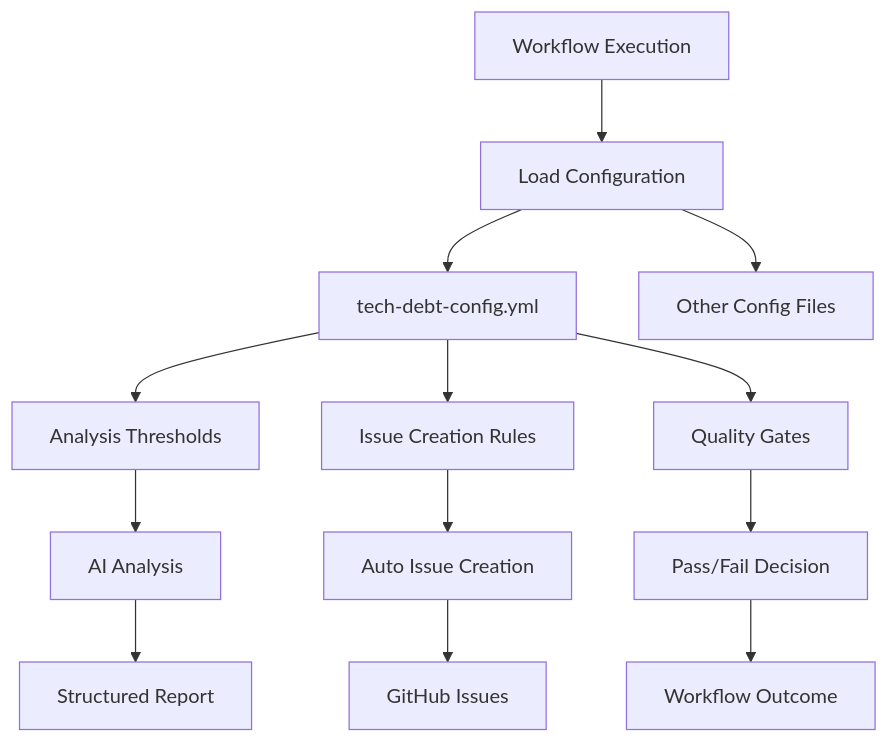
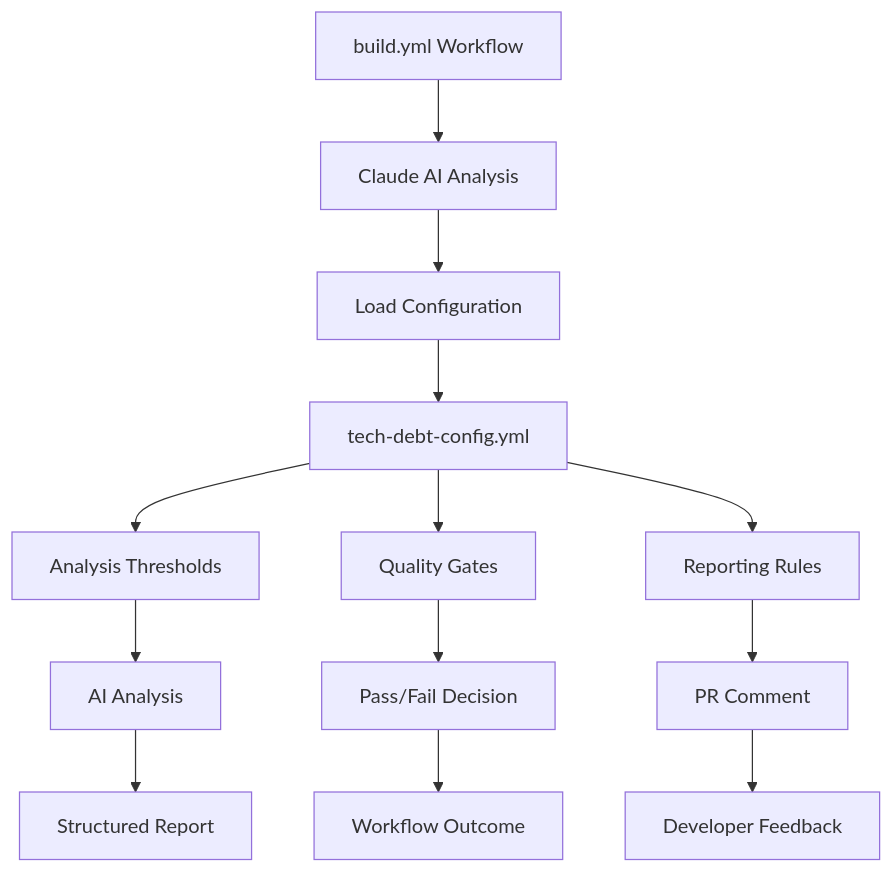
Before and after one commit to Zarichney-Development/zarichney-api: the diagram in .github/config/README.md, drawn with Mermaid. The commit also changed other lines of this file and 11 other files, not shown here.

````diff
--- a/.github/config/README.md
+++ b/.github/config/README.md
@@ -34,18 +34,18 @@
 ```mermaid
 graph TD
-    A[Workflow Execution] --> B[Load Configuration]
-    B --> C[tech-debt-config.yml]
-    B --> D[Other Config Files]
+    A[build.yml Workflow] --> B[Claude AI Analysis]
+    B --> C[Load Configuration]
+    C --> D[tech-debt-config.yml]
     
-    C --> E[Analysis Thresholds]
-    C --> F[Issue Creation Rules]
-    C --> G[Quality Gates]
+    D --> E[Analysis Thresholds]
+    D --> F[Quality Gates]
+    D --> G[Reporting Rules]
     
     E --> H[AI Analysis]
-    F --> I[Auto Issue Creation]
-    G --> J[Pass/Fail Decision]
+    F --> I[Pass/Fail Decision]
+    G --> J[PR Comment]
     
     H --> K[Structured Report]
-    I --> L[GitHub Issues]
-    J --> M[Workflow Outcome]
+    I --> L[Workflow Outcome]
+    J --> M[Developer Feedback]
 ```
````
